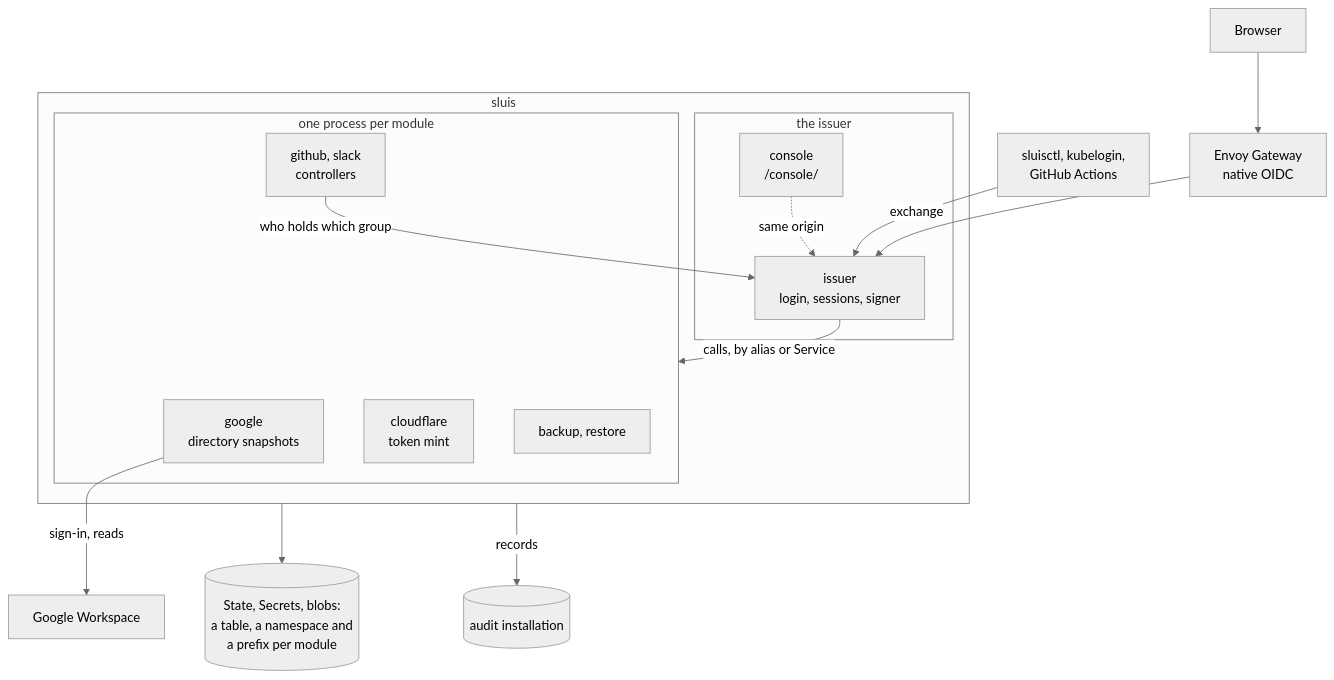
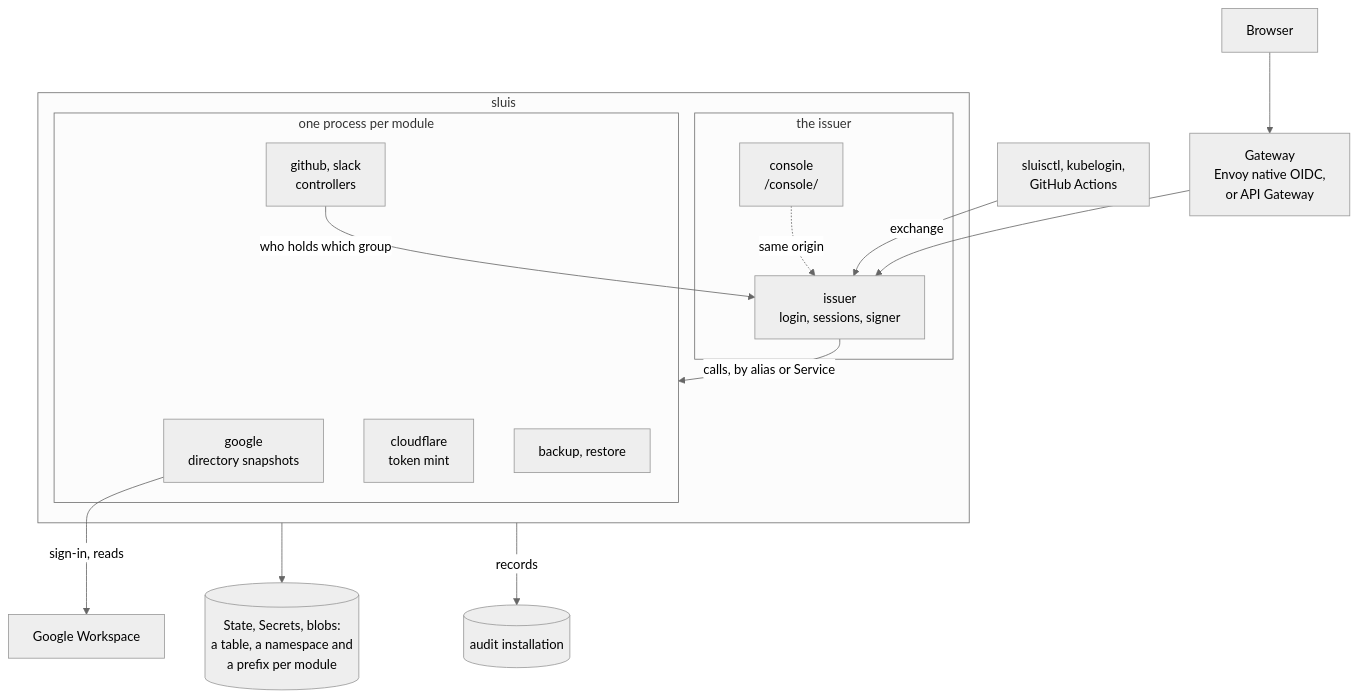
One commit to truvity/sluis changed the second of 2 diagrams in docs/concepts/sluis/architecture.md. Above: the diagram before and after it, drawn with Mermaid (neutral theme). The commit also changed other lines of this file and 62 other files, not shown here.

````diff
--- a/docs/concepts/sluis/architecture.md
+++ b/docs/concepts/sluis/architecture.md
@@ -35,30 +35,30 @@
 ```mermaid
 flowchart TB
   browser["Browser"]
   cli["sluisctl, kubelogin,<br/>GitHub Actions"]
-  gw["Envoy Gateway<br/>native OIDC"]
+  gw["Gateway<br/>Envoy native OIDC,<br/>or API Gateway"]
   subgraph ar["sluis"]
     subgraph iss["the issuer"]
       issuer["issuer<br/>login, sessions, signer"]
       con["console<br/>/console/"]
     end
     subgraph mods["one process per module"]
       google["google<br/>directory snapshots"]
       ctl["github, slack<br/>controllers"]
       cf["cloudflare<br/>token mint"]
       bk["backup, restore"]
     end
   end
   idp["Google Workspace"]
   st[("State, Secrets, blobs:<br/>a table, a namespace and<br/>a prefix per module")]
   aud[("audit installation")]
   browser --> gw
   gw --> issuer
   cli -- "exchange" --> issuer
   con -. "same origin" .-> issuer
   issuer -- "calls, by alias or Service" --> mods
   ctl -- "who holds which group" --> issuer
   google -- "sign-in, reads" --> idp
   ar --> st
   ar -- "records" --> aud
 ```
````
